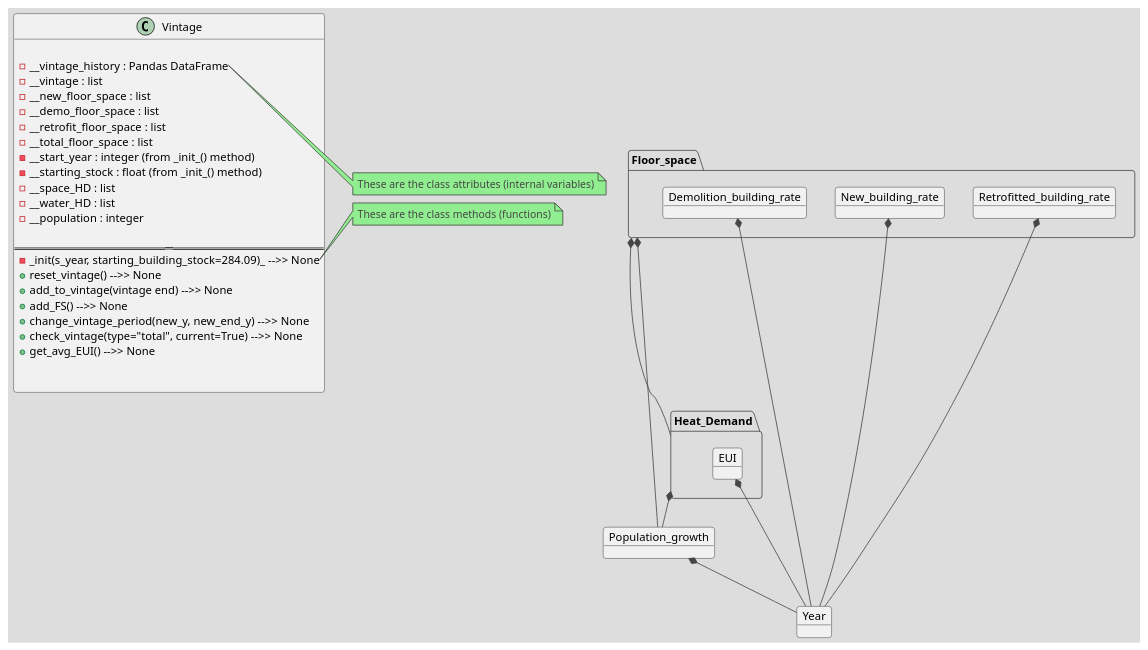
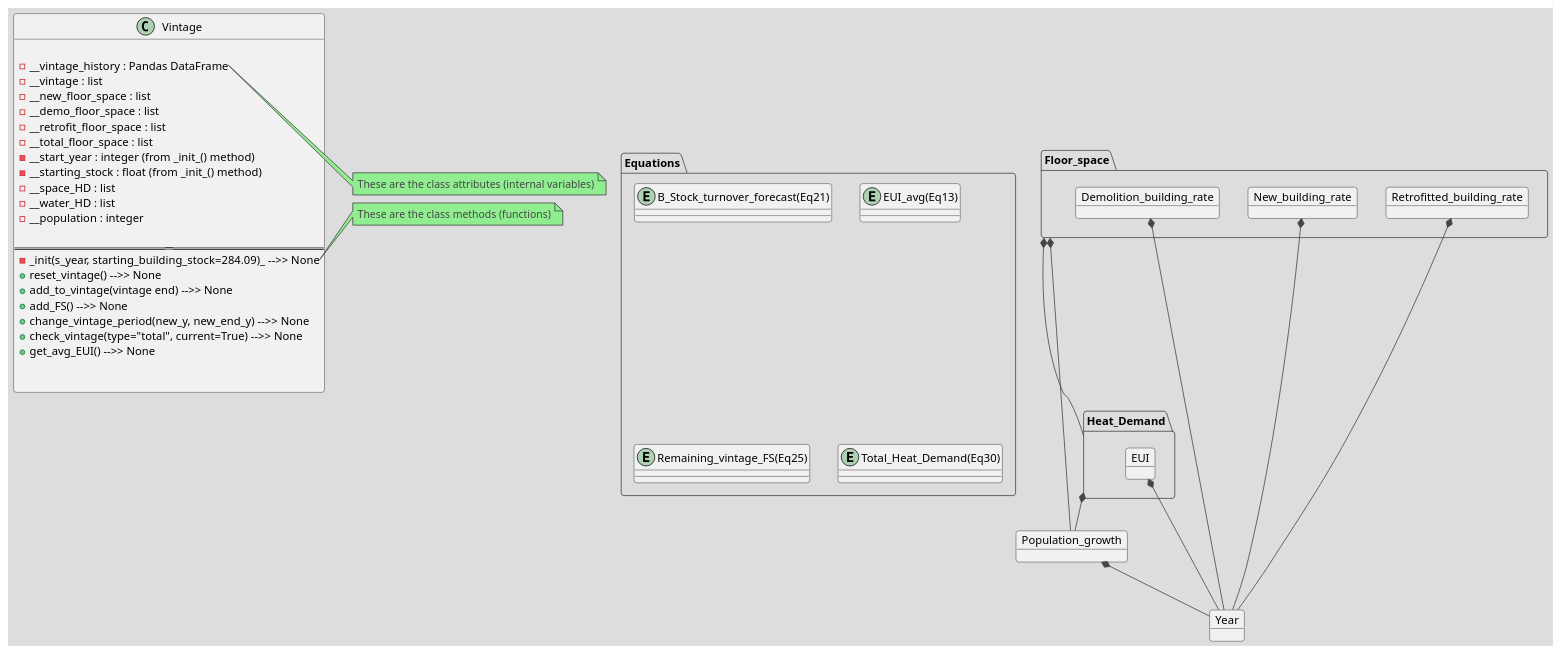
One commit to criscfer/ECE-499-Building-and-Transportation-Demands changed the diagram in Documents and References/BStock_System_Design.puml. Above: the diagram before and after it, drawn with PlantUML.

Commit message:
Added Equations Package to UML Diagram
* Note: more equations may be added in the future according to Tamara's paper

```diff
--- a/Documents and References/BStock_System_Design.puml
+++ b/Documents and References/BStock_System_Design.puml
@@ -1,81 +1,90 @@
 @startuml Building_Stock_classes
 
 ' Theme of choice
 !theme toy
 
 
 ' Model dependencies description
 package Floor_space
 {
     object Demolition_building_rate
     object New_building_rate
     object Retrofitted_building_rate
 }
 
 package Heat_Demand
 {
-   object EUI 
+   object EUI
+}
+
+package Equations
+{
+    entity B_Stock_turnover_forecast(Eq21)
+    entity EUI_avg(Eq13)
+    entity Remaining_vintage_FS(Eq25)
+    entity Total_Heat_Demand(Eq30)
 }
 
 object Year
 object Population_growth
 
 ' ----------------------------------------------------------
 
 ' Vintages class
 class Vintage {
     
     ' Class attributes
     - __vintage_history : Pandas DataFrame
     - __vintage : list
     - __new_floor_space : list
     - __demo_floor_space : list
     - __retrofit_floor_space : list
     - __total_floor_space : list
     - __start_year : integer (from _init_() method)
     - __starting_stock : float (from _init_() method)
     - __space_HD : list
     - __water_HD : list
     - __population : integer
 
     =================================
     ' Class methods
     - _init(s_year, starting_building_stock=284.09)_ -->> None
     + reset_vintage() -->> None
     + add_to_vintage(vintage end) -->> None
     + add_FS() -->> None
     + change_vintage_period(new_y, new_end_y) -->> None
     + check_vintage(type="total", current=True) -->> None
     + get_avg_EUI() -->> None
 
 
 }
 
 ' ----------------------------------------------------------
 
 ' Relationships
 Population_growth *-- Year
 Demolition_building_rate *-- Year
 Retrofitted_building_rate *-- Year
 New_building_rate *-- Year
 EUI *-- Year
 
 Floor_space *-- Heat_Demand
 Floor_space *-- Population_growth
 ' Demolition_building_rate *-- Floor_space
 ' Retrofitted_building_rate *-- Floor_space 
 ' New_building_rate *-- Floor_space
 Heat_Demand *-- Population_growth
 
+
 ' ----------------------------------------------------------
 
 ' Notes
 note right of Vintage::DataFrame
     These are the class attributes (internal variables)
 end note
 
 note right of Vintage::None
     These are the class methods (functions)
 end note
 
 @enduml
```
